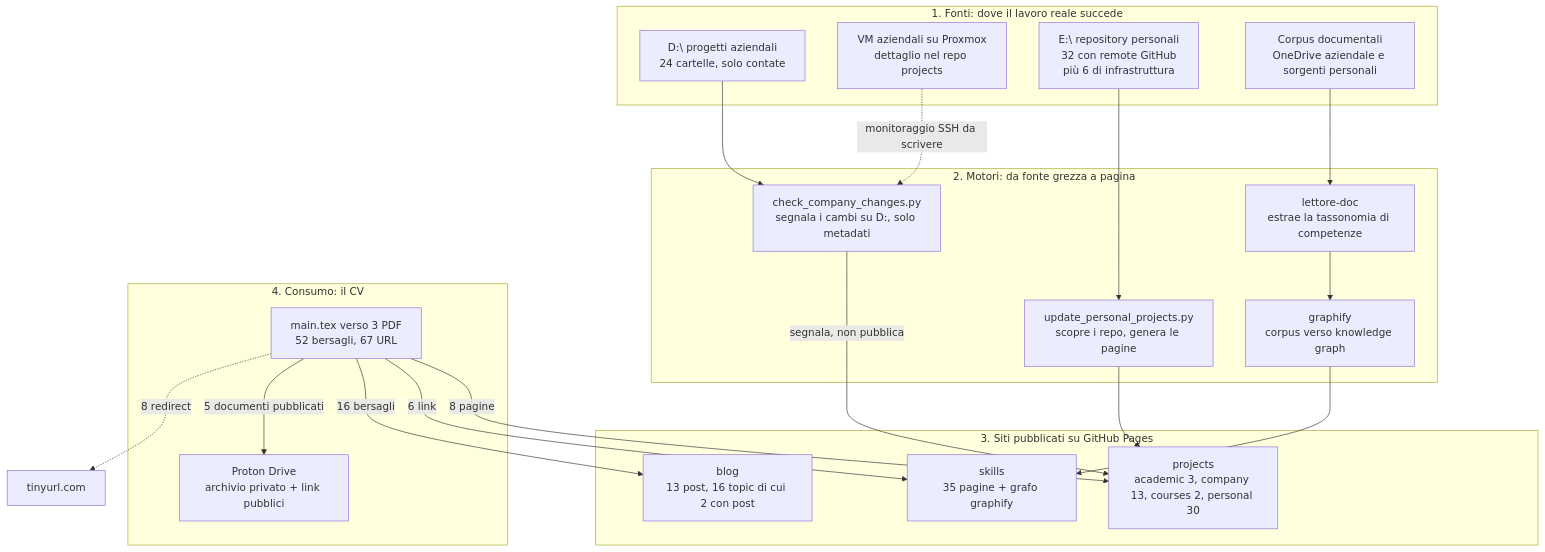
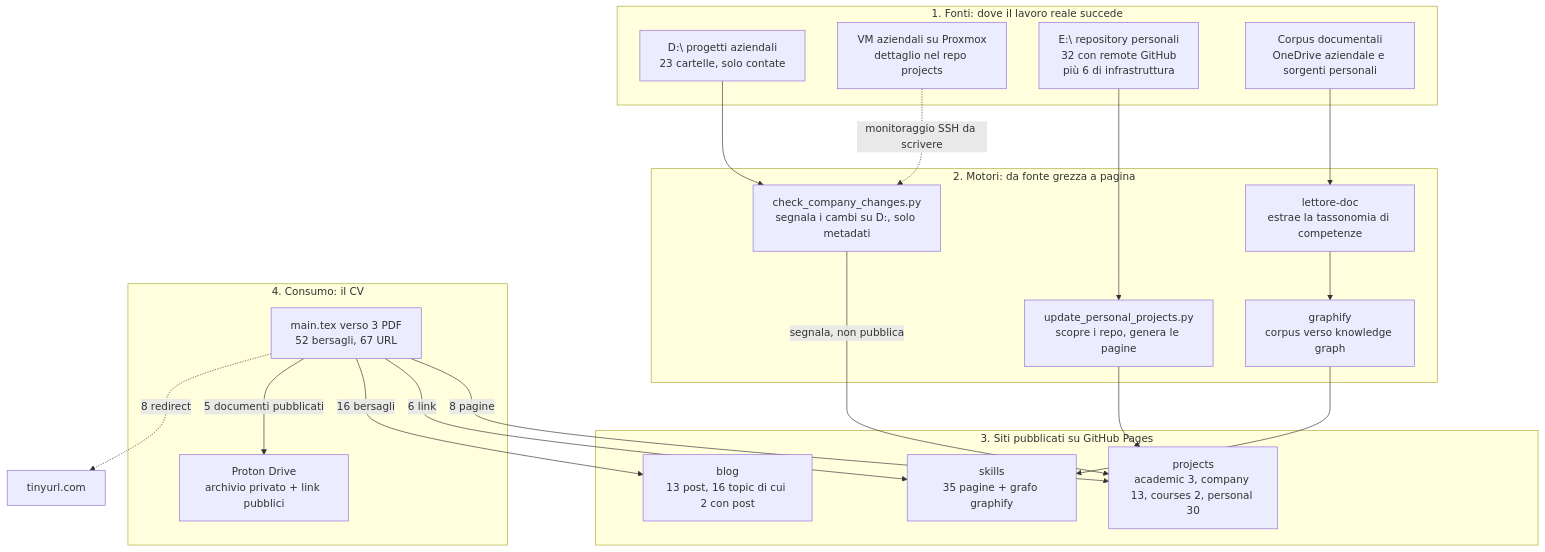
Before and after one commit to alesop95/my-cv: the diagram in .claude/context/architecture.md, drawn with Mermaid. The commit also changed 3 other files, not shown here.

````diff
--- a/.claude/context/architecture.md
+++ b/.claude/context/architecture.md
@@ -32,42 +32,42 @@
 ```mermaid
 flowchart TB
     subgraph FONTI["1. Fonti: dove il lavoro reale succede"]
-    D_ROOT["D:\ progetti aziendali<br/>24 cartelle, solo contate"]
+    D_ROOT["D:\ progetti aziendali<br/>23 cartelle, solo contate"]
     VM["VM aziendali su Proxmox<br/>dettaglio nel repo projects"]
     E_ROOT["E:\ repository personali<br/>32 con remote GitHub<br/>più 6 di infrastruttura"]
     DOCS["Corpus documentali<br/>OneDrive aziendale e sorgenti personali"]
     end
 
     subgraph MOTORI["2. Motori: da fonte grezza a pagina"]
     UPD["update_personal_projects.py<br/>scopre i repo, genera le pagine"]
     CHK["check_company_changes.py<br/>segnala i cambi su D:, solo metadati"]
     LETT["lettore-doc<br/>estrae la tassonomia di competenze"]
     GRAPHIFY["graphify<br/>corpus verso knowledge graph"]
     end
 
     subgraph SITI["3. Siti pubblicati su GitHub Pages"]
     S_PROJ["projects<br/>academic 3, company 13, courses 2, personal 30"]
     S_BLOG["blog<br/>13 post, 16 topic di cui 2 con post"]
     S_SKILLS["skills<br/>35 pagine + grafo graphify"]
     end
 
     subgraph CONSUMO["4. Consumo: il CV"]
     CV["main.tex verso 3 PDF<br/>52 bersagli, 67 URL"]
     PROTON["Proton Drive<br/>archivio privato + link pubblici"]
     end
 
     E_ROOT --> UPD
     D_ROOT --> CHK
     VM -.->|"monitoraggio SSH da scrivere"| CHK
     DOCS --> LETT
     LETT --> GRAPHIFY
     UPD --> S_PROJ
     CHK -->|"segnala, non pubblica"| S_PROJ
     GRAPHIFY --> S_SKILLS
 
     CV -->|"8 pagine"| S_PROJ
     CV -->|"6 link"| S_SKILLS
     CV -->|"16 bersagli"| S_BLOG
     CV -->|"5 documenti pubblicati"| PROTON
     CV -.->|"8 redirect"| TINY["tinyurl.com"]
 ```
````
